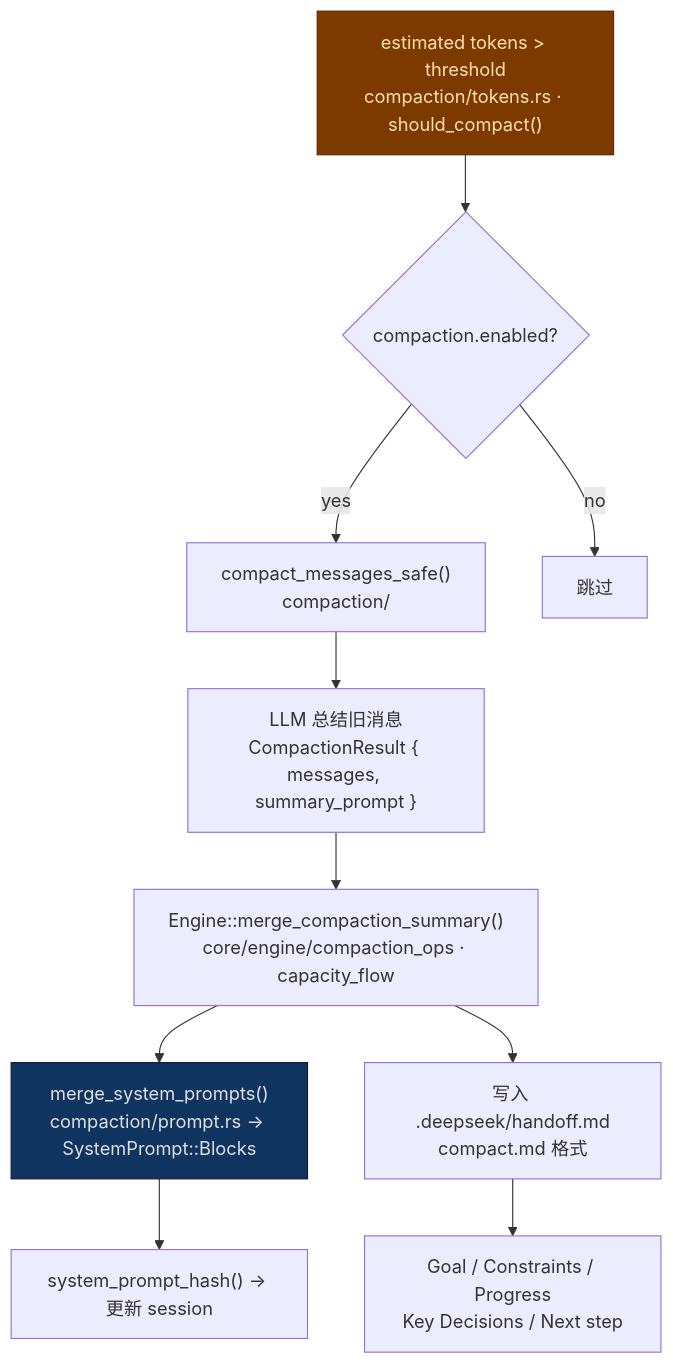
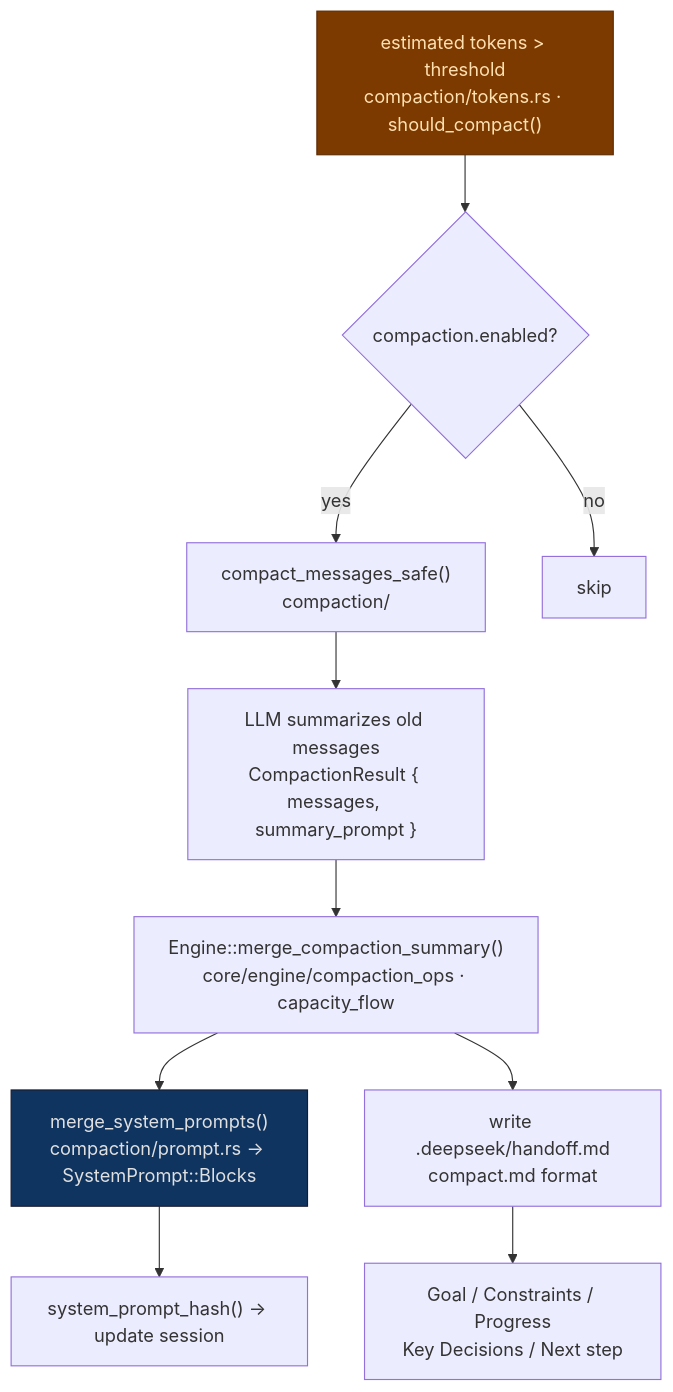
Before and after one commit to didclawapp-ai/zagens: the third of 7 diagrams in docs/prompt-architecture.md, drawn with Mermaid. The commit also changed other lines of this file and 26 other files, not shown here.

````diff
--- a/docs/prompt-architecture.md
+++ b/docs/prompt-architecture.md
@@ -155,26 +155,26 @@
 ```mermaid
 flowchart TD
     TRIGGER["estimated tokens > threshold<br/>compaction/tokens.rs · should_compact()"]
     CHECK{"compaction.enabled?"}
     COMPACT["compact_messages_safe()<br/>compaction/"]
-    SUMMARIZE["LLM 总结旧消息<br/>CompactionResult { messages, summary_prompt }"]
+    SUMMARIZE["LLM summarizes old messages<br/>CompactionResult { messages, summary_prompt }"]
     MERGE_SESSION["Engine::merge_compaction_summary()<br/>core/engine/compaction_ops · capacity_flow"]
     MERGE_FN["merge_system_prompts()<br/>compaction/prompt.rs → SystemPrompt::Blocks"]
-    UPDATE_HASH["system_prompt_hash() → 更新 session"]
-    WRITE_HANDOFF["写入 .deepseek/handoff.md<br/>compact.md 格式"]
+    UPDATE_HASH["system_prompt_hash() → update session"]
+    WRITE_HANDOFF["write .deepseek/handoff.md<br/>compact.md format"]
     FMT["Goal / Constraints / Progress<br/>Key Decisions / Next step"]
-    SKIP["跳过"]
+    SKIP["skip"]
 
     TRIGGER --> CHECK
     CHECK -->|no| SKIP
     CHECK -->|yes| COMPACT
     COMPACT --> SUMMARIZE
     SUMMARIZE --> MERGE_SESSION
     MERGE_SESSION --> MERGE_FN
     MERGE_FN --> UPDATE_HASH
     MERGE_SESSION --> WRITE_HANDOFF
     WRITE_HANDOFF --> FMT
 
     style TRIGGER fill:#7c3a00,stroke:#5c2a00,color:#ffe0b0
     style MERGE_FN fill:#0f3460,stroke:#1a1a2e,color:#e0e0e0
 ```
````
